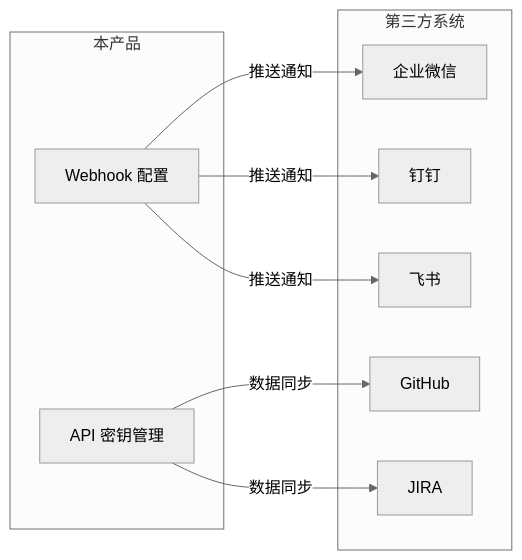
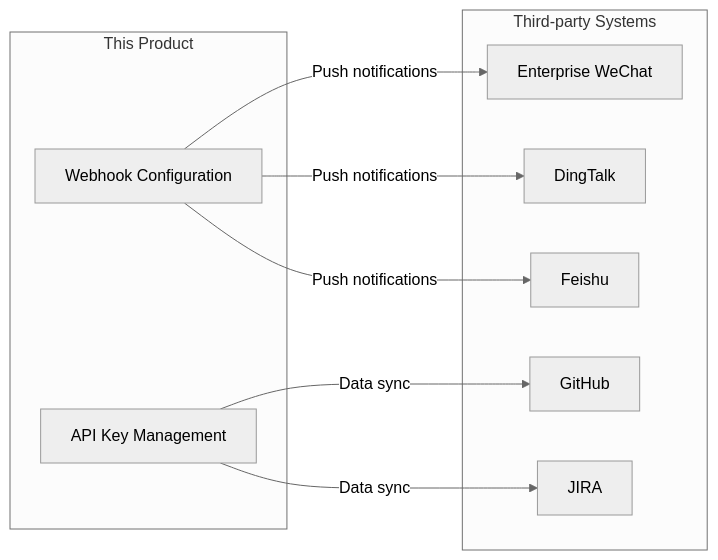
The sixth of 7 diagrams in templates/产品/运营层/【模板】用户手册.md (Kirky-X/cangjie), drawn with Mermaid (neutral theme) before and after one commit. The commit also changed other lines of this file and 60 other files, not shown here.

````diff
--- a/templates/产品/运营层/【模板】用户手册.md
+++ b/templates/产品/运营层/【模板】用户手册.md
@@ -393,21 +393,21 @@
 ```mermaid
 flowchart LR
-    subgraph 本产品
-        A[Webhook 配置]
-        B[API 密钥管理]
+    subgraph This Product
+        A[Webhook Configuration]
+        B[API Key Management]
     end
 
-    subgraph 第三方系统
-        C1[企业微信]
-        C2[钉钉]
-        C3[飞书]
+    subgraph Third-party Systems
+        C1[Enterprise WeChat]
+        C2[DingTalk]
+        C3[Feishu]
         C4[GitHub]
         C5[JIRA]
     end
 
-    A -->|推送通知| C1
-    A -->|推送通知| C2
-    A -->|推送通知| C3
-    B -->|数据同步| C4
-    B -->|数据同步| C5
+    A -->|Push notifications| C1
+    A -->|Push notifications| C2
+    A -->|Push notifications| C3
+    B -->|Data sync| C4
+    B -->|Data sync| C5
 ```
````
